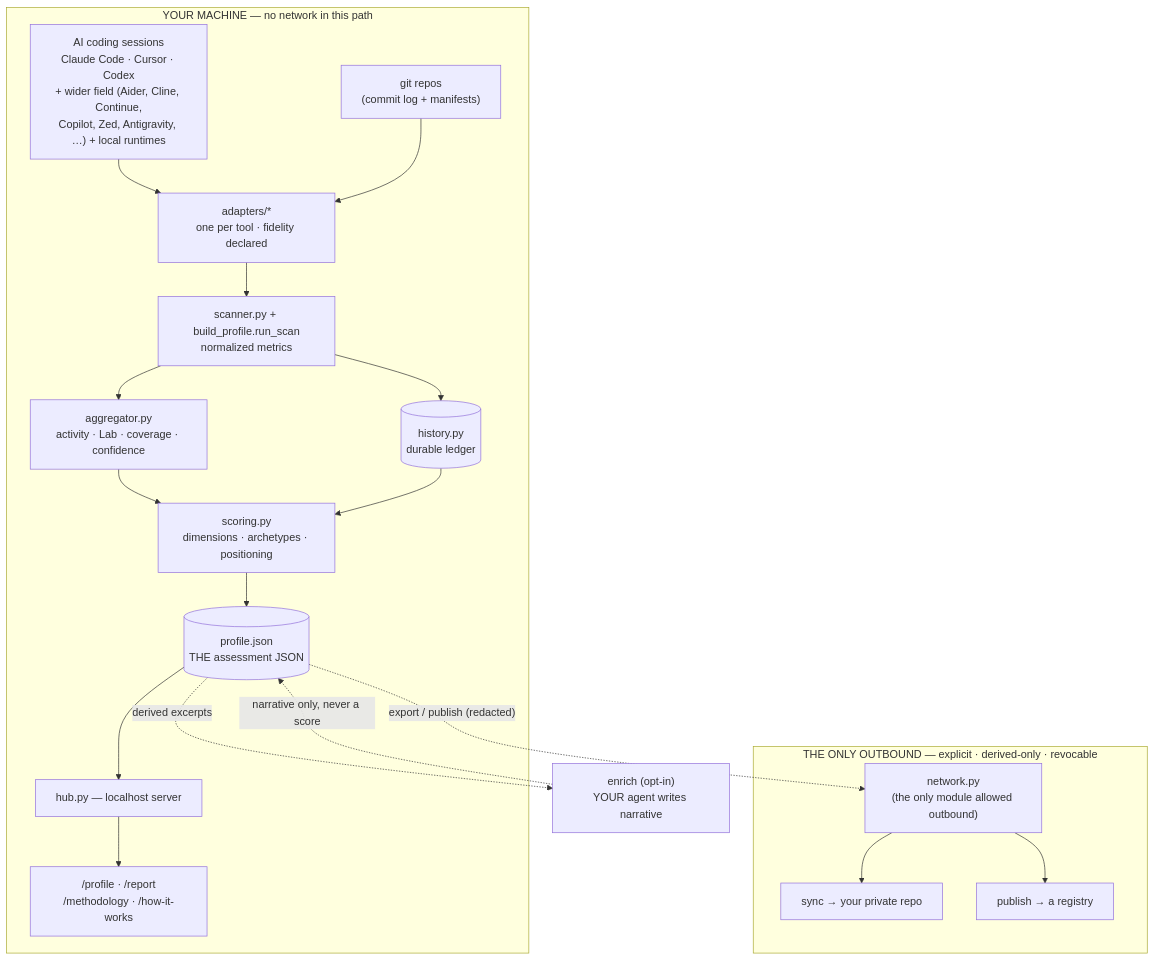
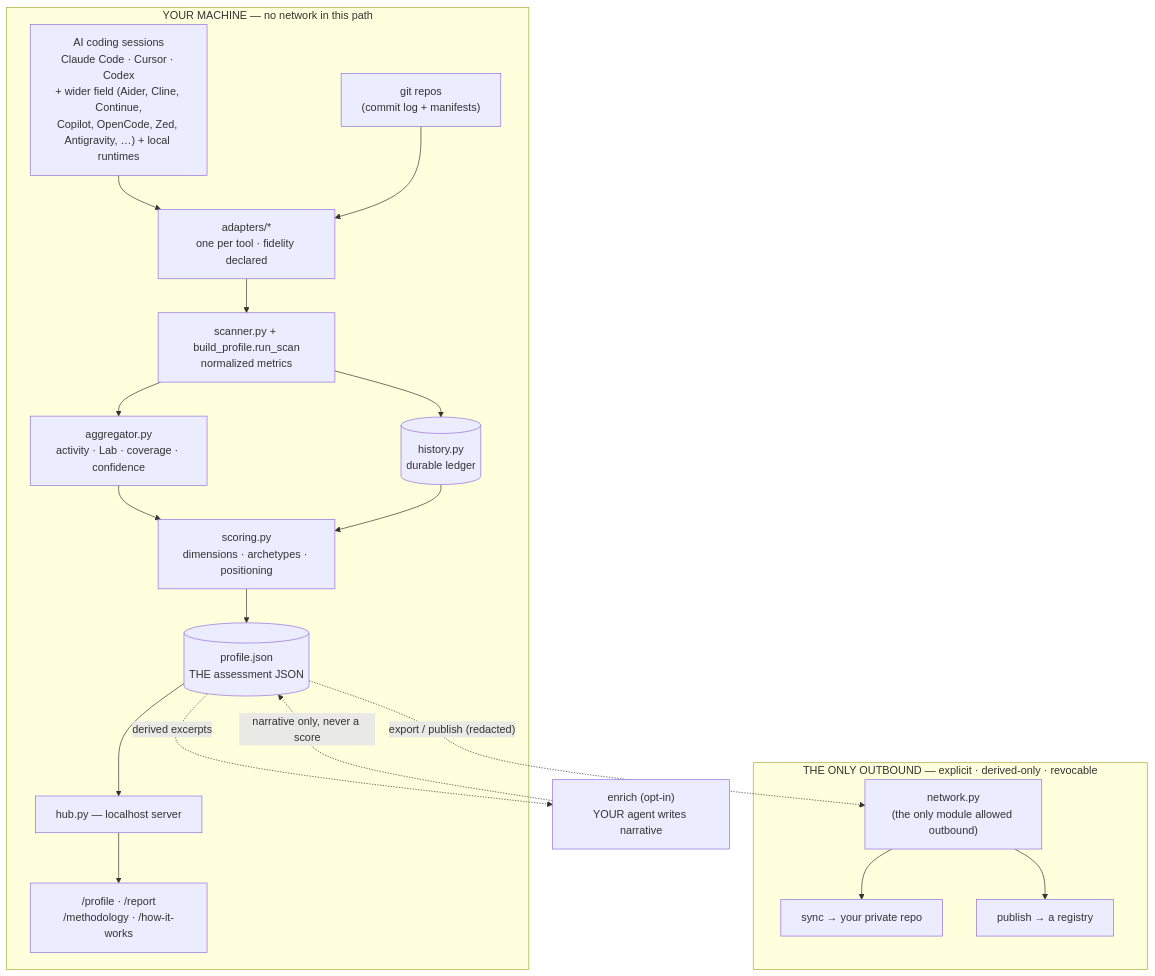
Before and after one commit to jimit24365/cruise-ai: the diagram in docs/REPO-FLOW.md, drawn with Mermaid. The commit also changed 14 other files, not shown here.

First line of the commit message:
feat: add OpenCode adapter (deep) + restructure README

````diff
--- a/docs/REPO-FLOW.md
+++ b/docs/REPO-FLOW.md
@@ -10,37 +10,37 @@
 ```mermaid
 flowchart TD
     subgraph local["YOUR MACHINE — no network in this path"]
-        S["AI coding sessions<br/>Claude Code · Cursor · Codex<br/>+ wider field (Aider, Cline, Continue,<br/>Copilot, Zed, Antigravity, …) + local runtimes"]
+        S["AI coding sessions<br/>Claude Code · Cursor · Codex<br/>+ wider field (Aider, Cline, Continue,<br/>Copilot, OpenCode, Zed, Antigravity, …) + local runtimes"]
         G["git repos<br/>(commit log + manifests)"]
         A["adapters/*<br/>one per tool · fidelity declared"]
         SC["scanner.py + build_profile.run_scan<br/>normalized metrics"]
         L[("history.py<br/>durable ledger")]
         AG["aggregator.py<br/>activity · Lab · coverage · confidence"]
         SCO["scoring.py<br/>dimensions · archetypes · positioning"]
         P[("profile.json<br/>THE assessment JSON")]
         HUB["hub.py — localhost server"]
         V["/profile · /report<br/>/methodology · /how-it-works"]
         S --> A
         G --> A
         A --> SC
         SC --> L
         SC --> AG
         AG --> SCO
         L --> SCO
         SCO --> P
         P --> HUB --> V
     end
 
     EN["enrich (opt-in)<br/>YOUR agent writes narrative"]
     P -. derived excerpts .-> EN
     EN -. narrative only, never a score .-> P
 
     subgraph out["THE ONLY OUTBOUND — explicit · derived-only · revocable"]
         NET["network.py<br/>(the only module allowed outbound)"]
         SYNC["sync → your private repo"]
         PUB["publish → a registry"]
     end
     P -. export / publish (redacted) .-> NET
     NET --> SYNC
     NET --> PUB
 ```
````
